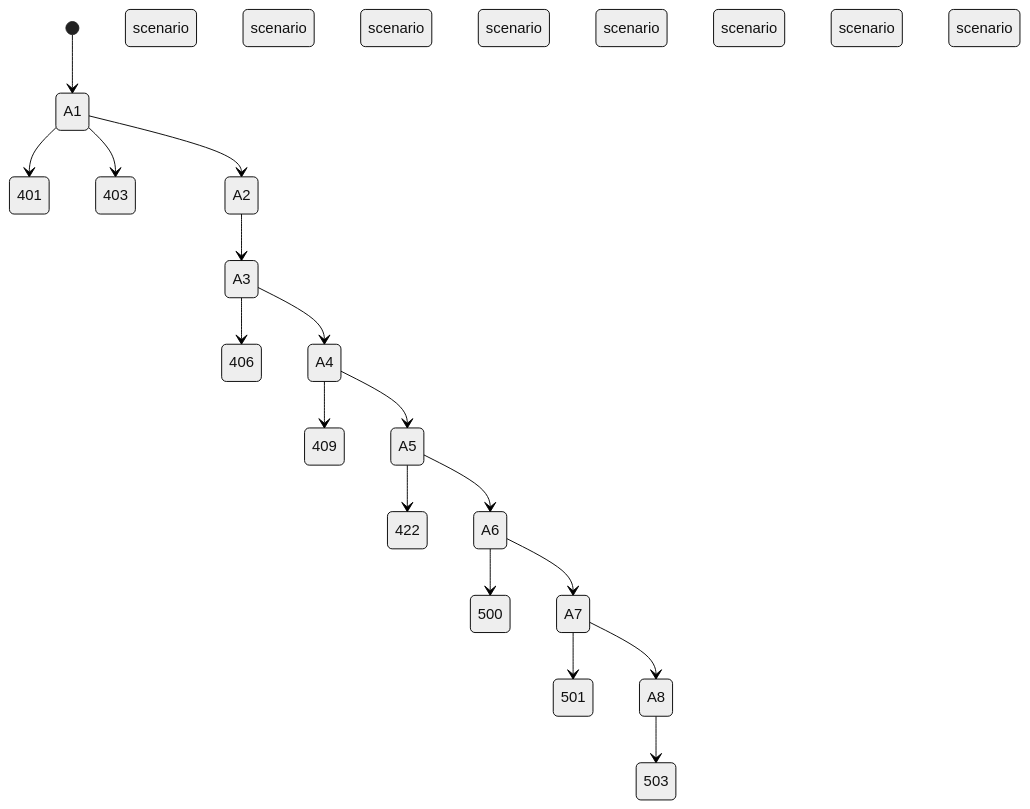
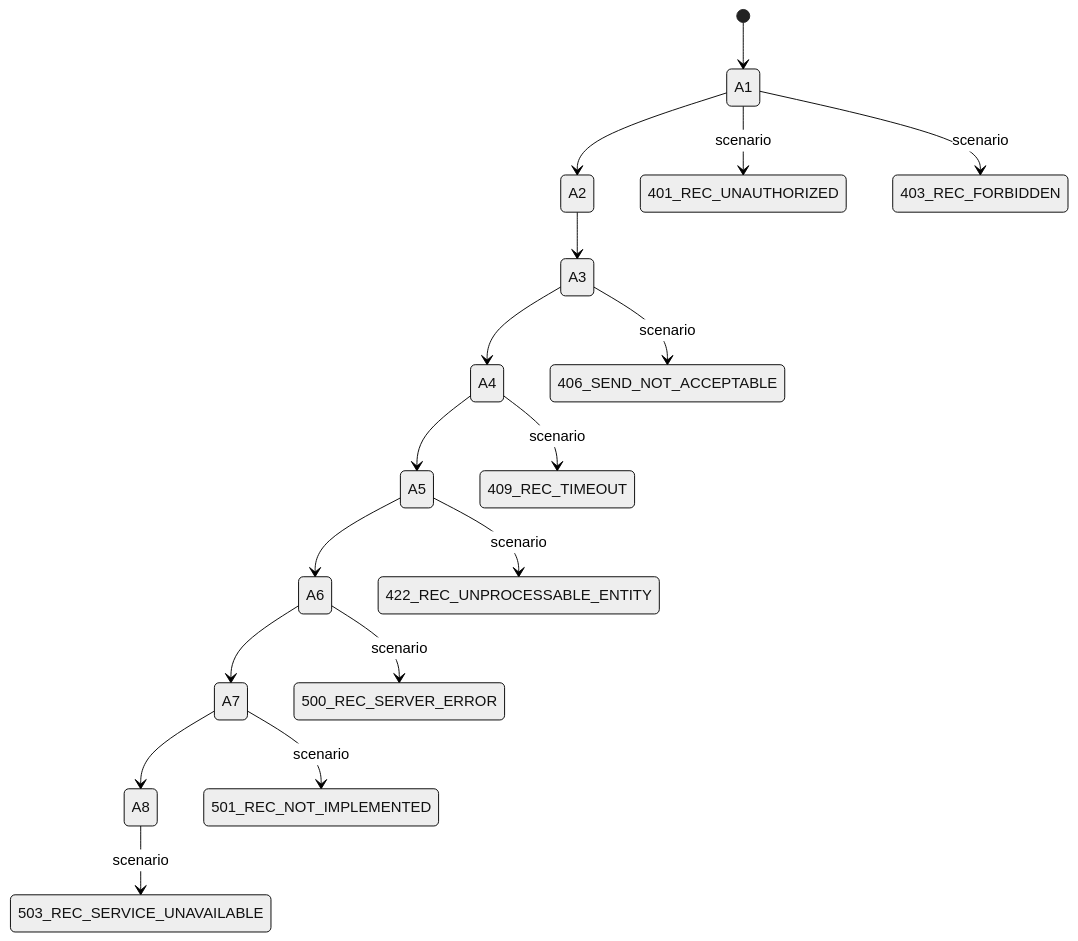
The second of 10 diagrams in specification/error-processing-flow.md (NHSDigital/booking-and-referral-fhir-api), drawn with Mermaid (neutral theme) before and after one commit. The commit also changed other lines of this file, not shown here.

````diff
--- a/specification/error-processing-flow.md
+++ b/specification/error-processing-flow.md
@@ -34,21 +34,21 @@
 ```mermaid
 stateDiagram-v2
     [*] --> A1
     A1 --> A2
     A2 --> A3
     A3 --> A4
     A4 --> A5
     A5 --> A6
     A6 --> A7
     A7 --> A8
 
 
-    A1 --> 401 REC_UNAUTHORIZED: scenario
-    A1 --> 403 REC_FORBIDDEN: scenario
-    A3 --> 406 SEND_NOT_ACCEPTABLE: scenario
-    A4 --> 409 REC_TIMEOUT: scenario
-    A5 --> 422 REC_UNPROCESSABLE_ENTITY: scenario
-    A6 --> 500 REC_SERVER_ERROR: scenario
-    A7 --> 501 REC_NOT_IMPLEMENTED : scenario
-    A8 --> 503 REC_SERVICE_UNAVAILABLE: scenario
+    A1 --> 401_REC_UNAUTHORIZED: scenario
+    A1 --> 403_REC_FORBIDDEN: scenario
+    A3 --> 406_SEND_NOT_ACCEPTABLE: scenario
+    A4 --> 409_REC_TIMEOUT: scenario
+    A5 --> 422_REC_UNPROCESSABLE_ENTITY: scenario
+    A6 --> 500_REC_SERVER_ERROR: scenario
+    A7 --> 501_REC_NOT_IMPLEMENTED : scenario
+    A8 --> 503_REC_SERVICE_UNAVAILABLE: scenario
 ```
````
